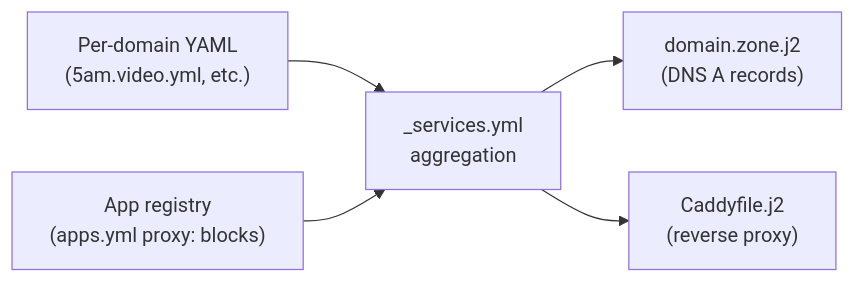
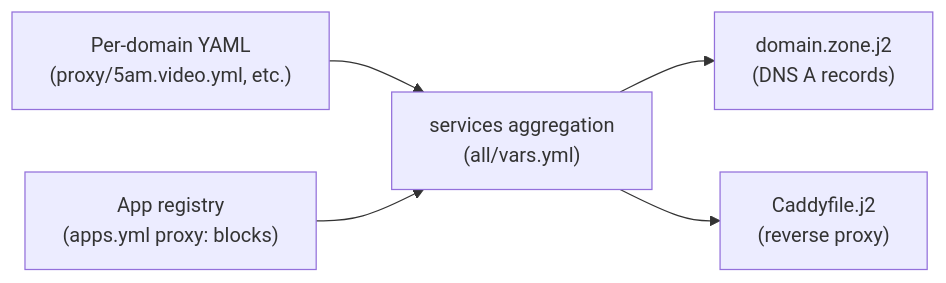
Before and after one commit to sfcal/homelab: the third of 3 diagrams in docs/infrastructure/networking/index.md, drawn with Mermaid. The commit also changed other lines of this file and 70 other files, not shown here.

````diff
--- a/docs/infrastructure/networking/index.md
+++ b/docs/infrastructure/networking/index.md
@@ -92,7 +92,7 @@
 ```mermaid
 graph LR
-    A["Per-domain YAML\n(5am.video.yml, etc.)"] --> B["_services.yml\naggregation"]
+    A["Per-domain YAML\n(proxy/5am.video.yml, etc.)"] --> B["services aggregation\n(all/vars.yml)"]
     R["App registry\n(apps.yml proxy: blocks)"] --> B
     B --> C["domain.zone.j2\n(DNS A records)"]
     B --> D["Caddyfile.j2\n(reverse proxy)"]
 ```
````
